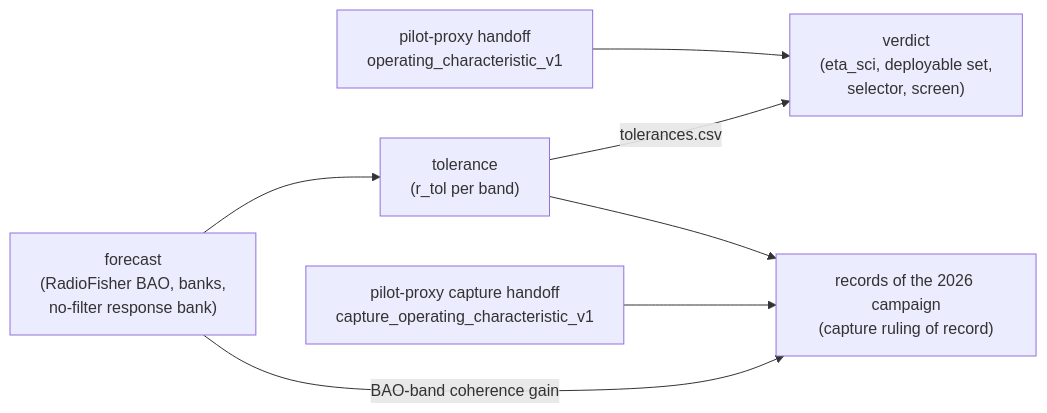
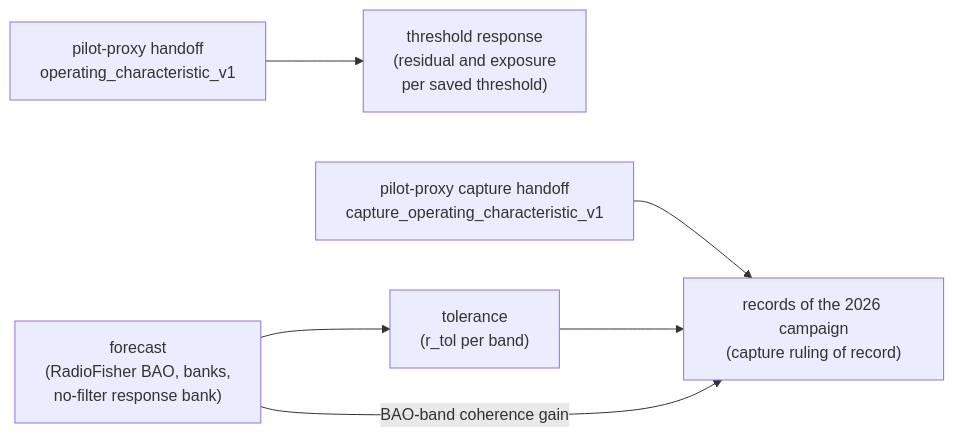
One commit to WVURAIL/RFIsher changed the diagram in README.md. Above: the diagram before and after it, drawn with Mermaid. The commit also changed other lines of this file and 34 other files, not shown here.

Commit message:
Remove the historical scalar screen and the selector code only it used

````diff
--- a/README.md
+++ b/README.md
@@ -13,9 +13,8 @@
 ```mermaid
 flowchart LR
-  OC["pilot-proxy handoff<br/>operating_characteristic_v1"] --> V["verdict<br/>(eta_sci, deployable set,<br/>selector, screen)"]
+  OC["pilot-proxy handoff<br/>operating_characteristic_v1"] --> TR["threshold response<br/>(residual and exposure<br/>per saved threshold)"]
   F["forecast<br/>(RadioFisher BAO, banks,<br/>no-filter response bank)"] --> T["tolerance<br/>(r_tol per band)"]
-  T -->|tolerances.csv| V
   COC["pilot-proxy capture handoff<br/>capture_operating_characteristic_v1"] --> R["records of the 2026 campaign<br/>(capture ruling of record)"]
   T --> R
   F -->|BAO-band coherence gain| R
 ```
````
